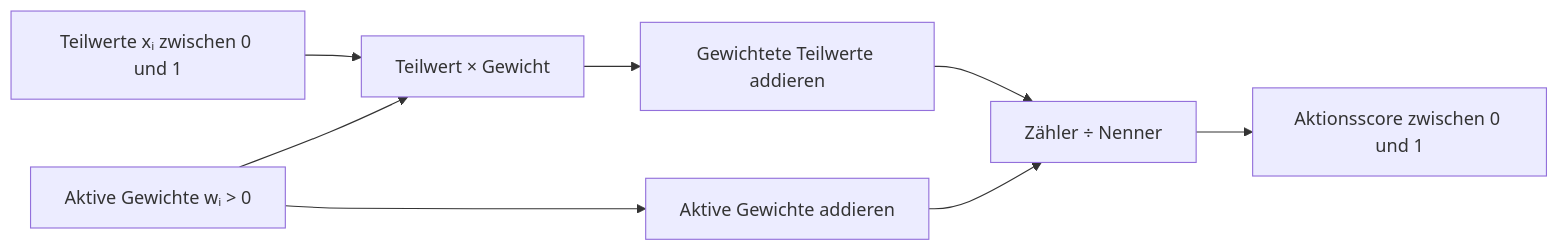
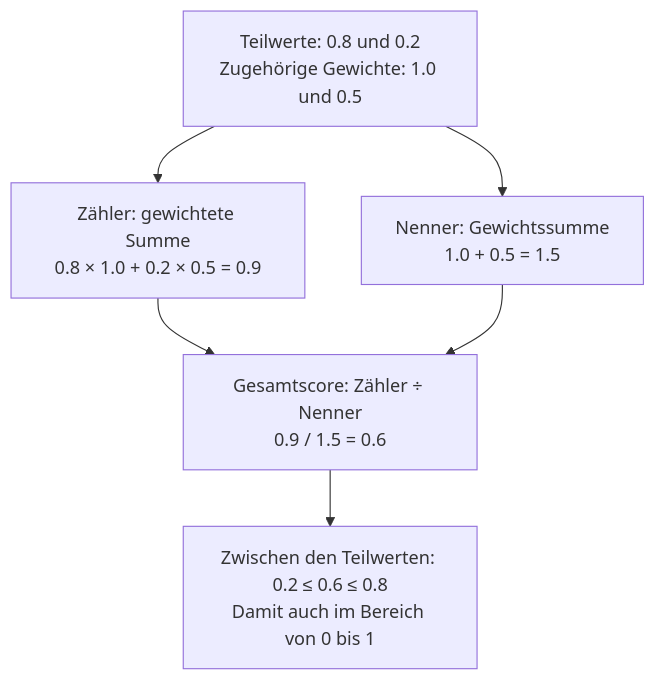
Before and after one commit to ghackenberg/SpineML: diagram 11 of 15 in README.md, drawn with Mermaid. The commit also changed other lines of this file, not shown here.

````diff
--- a/README.md
+++ b/README.md
@@ -1816,10 +1828,9 @@
 ```mermaid
-flowchart LR
-    A["Teilwerte xᵢ zwischen 0 und 1"] --> C["Teilwert × Gewicht"]
-    B["Aktive Gewichte wᵢ > 0"] --> C
-    C --> D["Gewichtete Teilwerte addieren"]
-    B --> E["Aktive Gewichte addieren"]
-    D --> F["Zähler ÷ Nenner"]
-    E --> F
-    F --> G["Aktionsscore zwischen 0 und 1"]
+flowchart TD
+    A["Teilwerte: 0.8 und 0.2<br/>Zugehörige Gewichte: 1.0 und 0.5"]
+    A --> Z["Zähler: gewichtete Summe<br/>0.8 × 1.0 + 0.2 × 0.5 = 0.9"]
+    A --> N["Nenner: Gewichtssumme<br/>1.0 + 0.5 = 1.5"]
+    Z --> S["Gesamtscore: Zähler ÷ Nenner<br/>0.9 / 1.5 = 0.6"]
+    N --> S
+    S --> B["Zwischen den Teilwerten: 0.2 ≤ 0.6 ≤ 0.8<br/>Damit auch im Bereich von 0 bis 1"]
 ```
````
